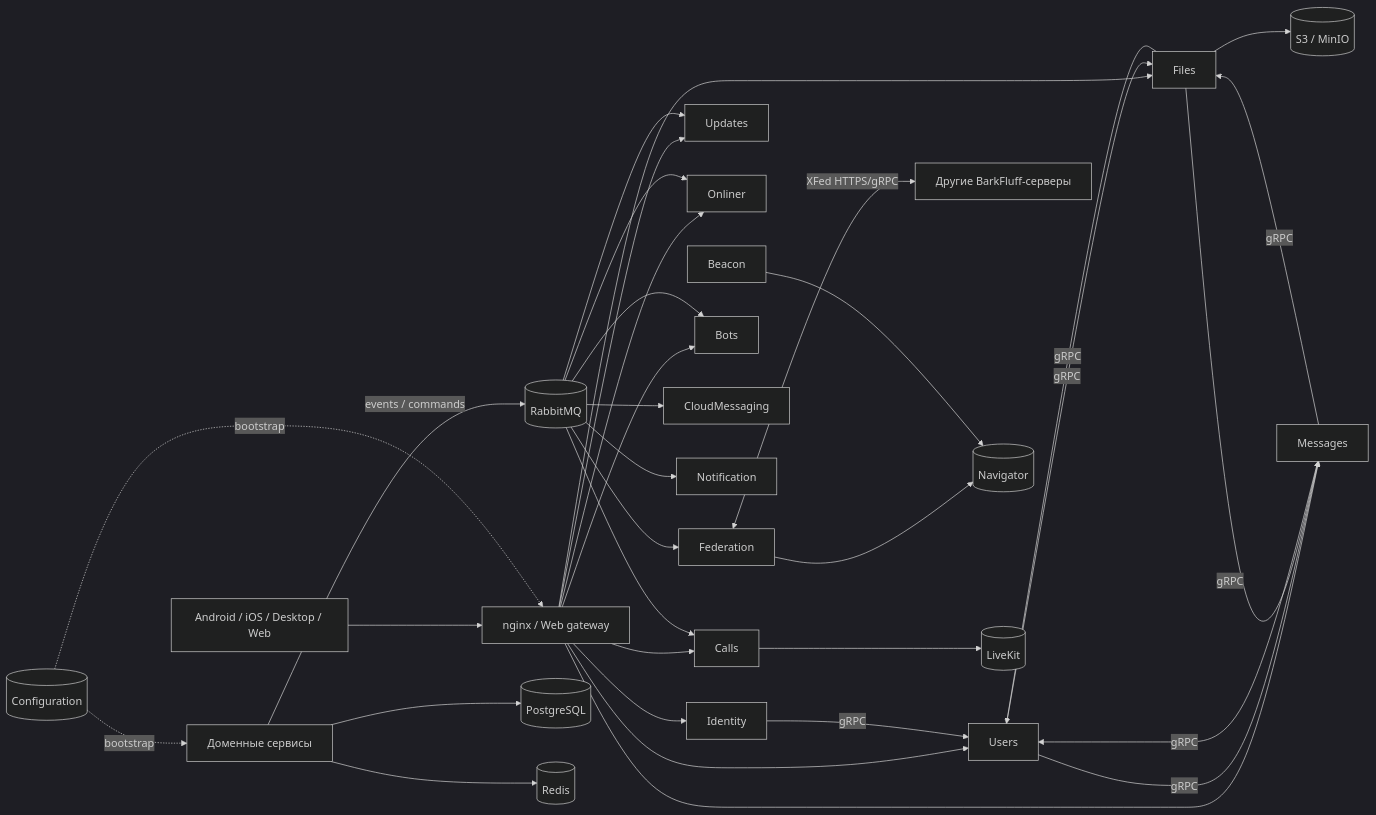
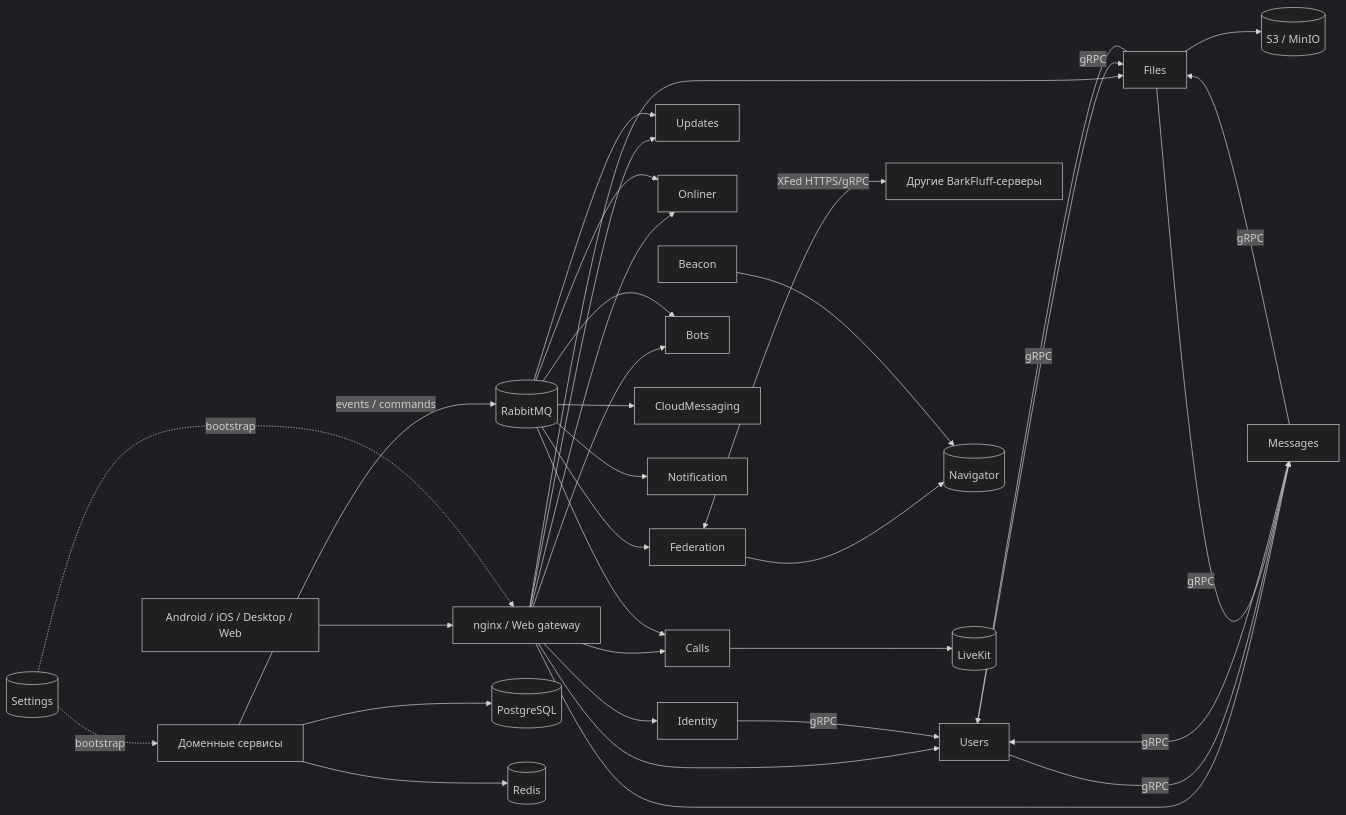
The first of 3 diagrams in Docs/backend-microservices-technical-report.md (Liis17/BarkFluff), drawn with Mermaid (dark theme) before and after one commit. The commit also changed other lines of this file and 248 other files, not shown here.

````diff
--- a/Docs/backend-microservices-technical-report.md
+++ b/Docs/backend-microservices-technical-report.md
@@ -91,40 +92,40 @@
 ```mermaid
 flowchart LR
     Clients[Android / iOS / Desktop / Web] --> Edge[nginx / Web gateway]
     Edge --> Identity
     Edge --> Messages
     Edge --> Users
     Edge --> Files
     Edge --> Updates
     Edge --> Onliner
     Edge --> Calls
     Edge --> Bots
 
     Identity -->|gRPC| Users
     Messages -->|gRPC| Users
     Messages -->|gRPC| Files
     Users -->|gRPC| Files
     Users -->|gRPC| Messages
     Files -->|gRPC| Users
     Files -->|gRPC| Messages
 
     Domain[Доменные сервисы] -->|events / commands| Rabbit[(RabbitMQ)]
     Rabbit --> Updates
     Rabbit --> Onliner
     Rabbit --> Cloud[CloudMessaging]
     Rabbit --> Notify[Notification]
     Rabbit --> Federation
     Rabbit --> Bots
     Rabbit --> Calls
 
     Federation <-->|XFed HTTPS/gRPC| Remote[Другие BarkFluff-серверы]
     Federation --> Navigator[(Navigator)]
     Beacon --> Navigator
 
-    Config[(Configuration)] -. bootstrap .-> Domain
-    Config -. bootstrap .-> Edge
+    Settings[(Settings)] -. bootstrap .-> Domain
+    Settings -. bootstrap .-> Edge
     Domain --> Pg[(PostgreSQL)]
     Domain --> Redis[(Redis)]
     Files --> S3[(S3 / MinIO)]
     Calls --> LiveKit[(LiveKit)]
 ```
````
